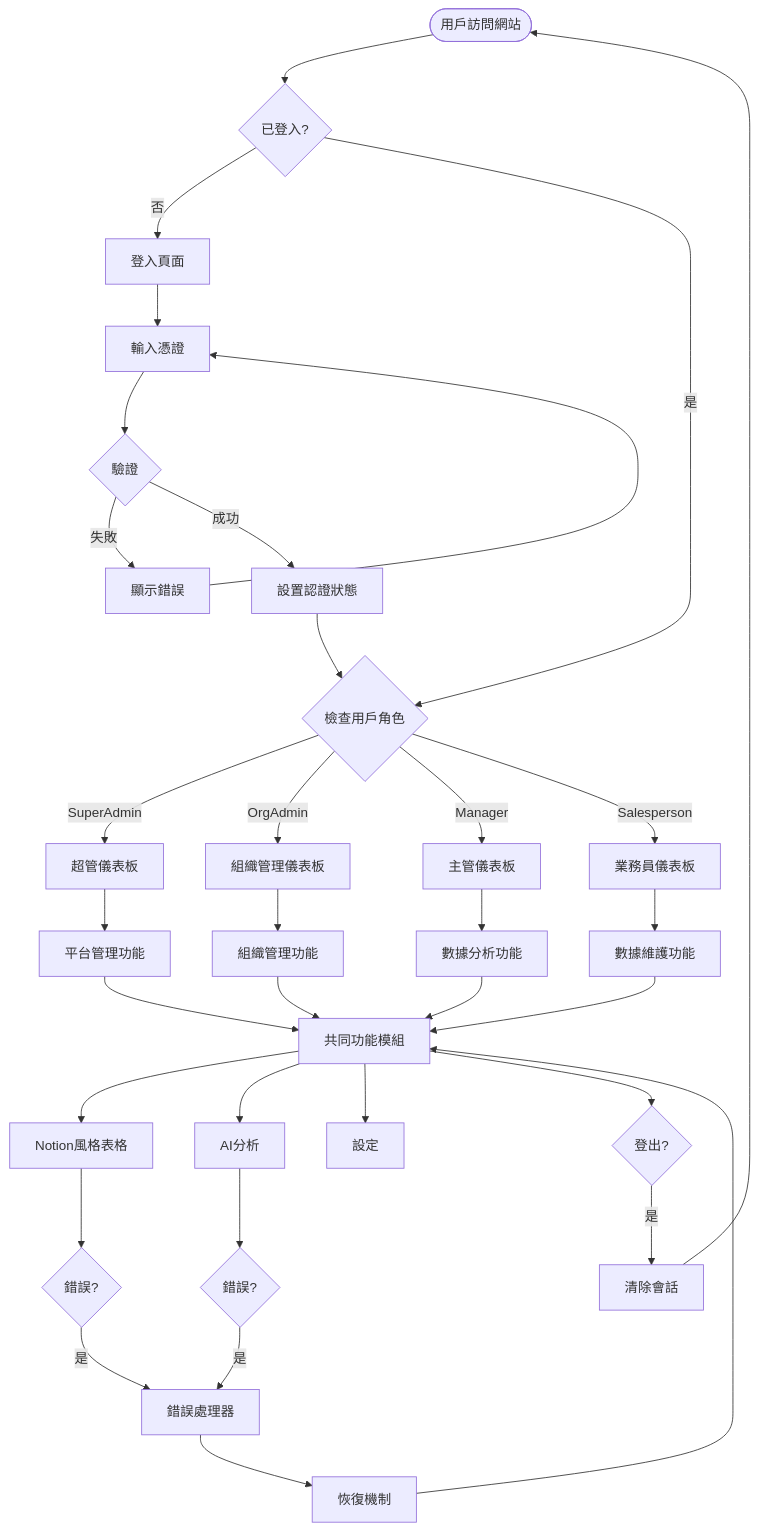
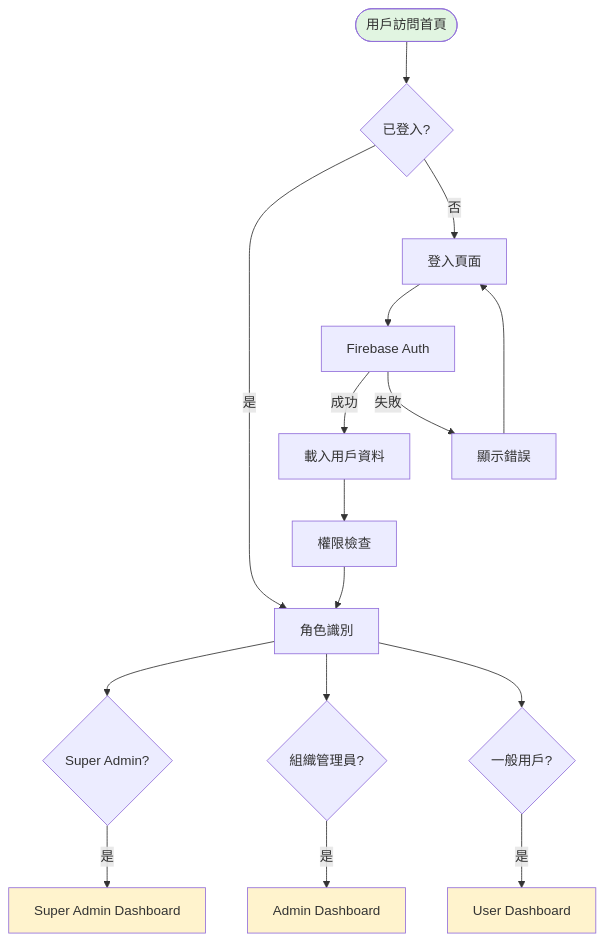
One commit to SkylerChenTaiwan/DonnaAI-1.0 changed the first of 6 diagrams in docs/ux/web-platform-foundation-user-flow.md. Above: the diagram before and after it, drawn with Mermaid. The commit also changed other lines of this file and 32 other files, not shown here.

````diff
--- a/docs/ux/web-platform-foundation-user-flow.md
+++ b/docs/ux/web-platform-foundation-user-flow.md
@@ -52,51 +45,28 @@
 ```mermaid
 graph TB
-    Start([用戶訪問網站])
+    Start([用戶訪問首頁]) --> Check{已登入?}
+    Check -->|是| Role[角色識別]
+    Check -->|否| Login[登入頁面]
     
-    %% 認證流程
-    Start --> CheckAuth{已登入?}
-    CheckAuth -->|否| Login[登入頁面]
-    CheckAuth -->|是| CheckRole{檢查用戶角色}
+    Login --> Auth[Firebase Auth]
+    Auth -->|成功| LoadUser[載入用戶資料]
+    Auth -->|失敗| Error1[顯示錯誤]
     
-    Login --> LoginForm[輸入憑證]
-    LoginForm --> Validate{驗證}
-    Validate -->|失敗| LoginError[顯示錯誤]
-    LoginError --> LoginForm
-    Validate -->|成功| SetupAuth[設置認證狀態]
-    SetupAuth --> CheckRole
+    Error1 --> Login
     
-    %% 角色導向
-    CheckRole -->|SuperAdmin| SADash[超管儀表板]
-    CheckRole -->|OrgAdmin| OADash[組織管理儀表板]
-    CheckRole -->|Manager| MDash[主管儀表板]
-    CheckRole -->|Salesperson| SDash[業務員儀表板]
+    LoadUser --> Permission[權限檢查]
+    Permission --> Role
     
-    %% 主要功能流程
-    SADash --> SAFeatures[平台管理功能]
-    OADash --> OAFeatures[組織管理功能]
-    MDash --> MFeatures[數據分析功能]
-    SDash --> SFeatures[數據維護功能]
+    Role --> SuperAdmin{Super Admin?}
+    Role --> OrgAdmin{組織管理員?}
+    Role --> User{一般用戶?}
     
-    %% 共同功能
-    SAFeatures --> CommonFeatures[共同功能模組]
-    OAFeatures --> CommonFeatures
-    MFeatures --> CommonFeatures
-    SFeatures --> CommonFeatures
+    SuperAdmin -->|是| SAD[Super Admin Dashboard]
+    OrgAdmin -->|是| OAD[Admin Dashboard]
+    User -->|是| UD[User Dashboard]
     
-    CommonFeatures --> Database[Notion風格表格]
-    CommonFeatures --> Analytics[AI分析]
-    CommonFeatures --> Settings[設定]
-    
-    %% 錯誤處理
-    Database --> DBError{錯誤?}
-    Analytics --> AnaError{錯誤?}
-    DBError -->|是| ErrorHandler[錯誤處理器]
-    AnaError -->|是| ErrorHandler
-    ErrorHandler --> Recovery[恢復機制]
-    Recovery --> CommonFeatures
-    
-    %% 登出流程
-    CommonFeatures --> Logout{登出?}
-    Logout -->|是| ClearSession[清除會話]
-    ClearSession --> Start
+    style Start fill:#e1f5e1
+    style SAD fill:#fff3cd
+    style OAD fill:#fff3cd
+    style UD fill:#fff3cd
 ```
````
